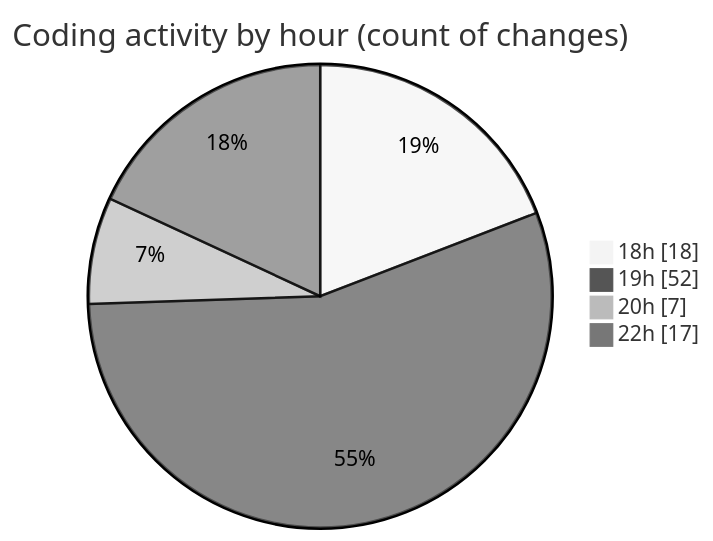
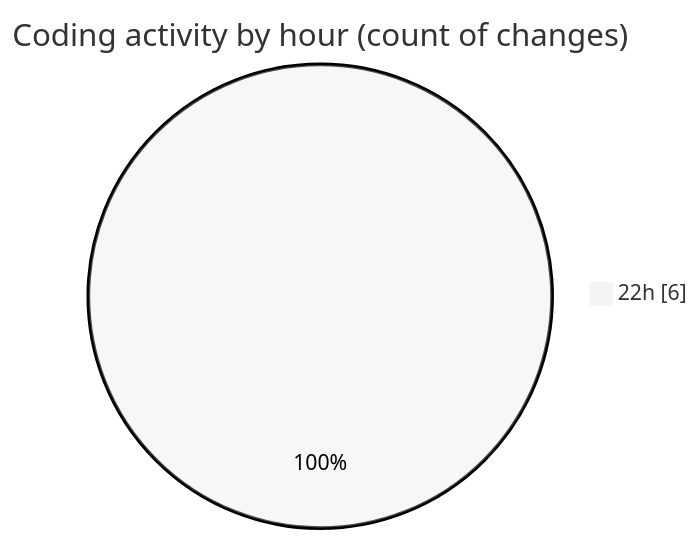
The second of 2 diagrams in 2025-01-03/my-code-activity-ext/README.md (ernivani/code-tracking), drawn with Mermaid (neutral theme) before and after one commit. The commit also changed other lines of this file and 35 other files, not shown here.

````diff
--- a/2025-01-03/my-code-activity-ext/README.md
+++ b/2025-01-03/my-code-activity-ext/README.md
@@ -47,8 +28,5 @@
 ```mermaid
 pie showData
 title Coding activity by hour (count of changes)
-"18h" : 18
-"19h" : 52
-"20h" : 7
-"22h" : 17
+"22h" : 6
 ```
````
